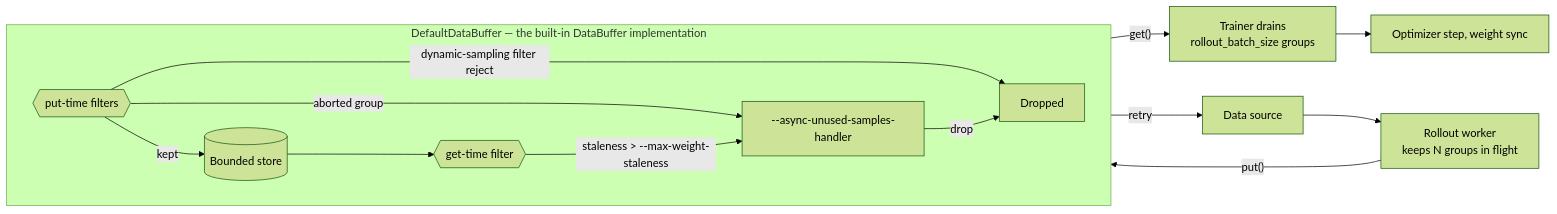
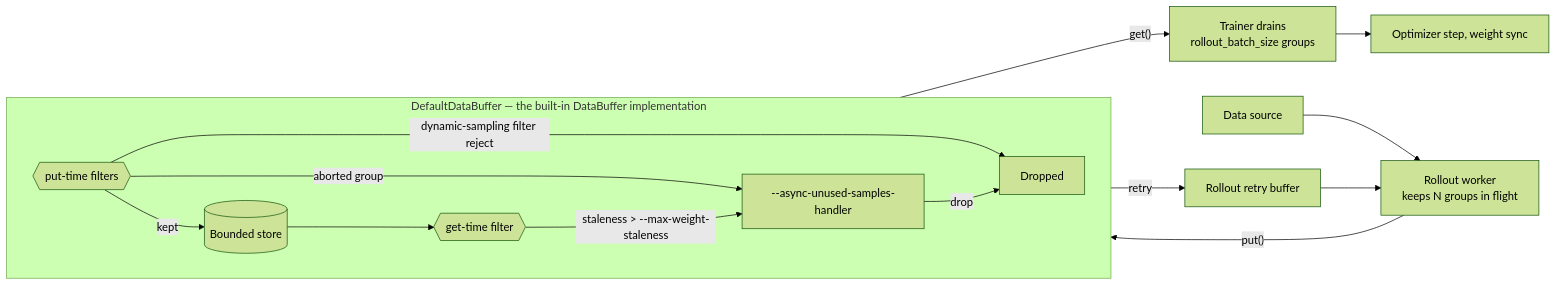
Before and after one commit to radixark/miles: the diagram in docs/user-guide/fully-async.md, drawn with Mermaid (forest theme). The commit also changed other lines of this file and 15 other files, not shown here.

````diff
--- a/docs/user-guide/fully-async.md
+++ b/docs/user-guide/fully-async.md
@@ -133,18 +143,19 @@
 ```mermaid
 flowchart LR
     DS[Data source] --> W["Rollout worker<br/>keeps N groups in flight"]
     W -->|"put()"| PF
     subgraph DB["DefaultDataBuffer — the built-in DataBuffer implementation"]
         direction LR
         PF{{"put-time filters"}}
         PF -->|aborted group| U["--async-unused-samples-handler"]
         PF -->|dynamic-sampling filter reject| X[Dropped]
         PF -->|kept| B[("Bounded store")]
         B --> GF{{"get-time filter"}}
         GF -->|"staleness > --max-weight-staleness"| U
         U -->|drop| X
     end
     GF -->|"get()"| T["Trainer drains<br/>rollout_batch_size groups"]
-    U -->|retry| DS
+    U -->|retry| R[Rollout retry buffer]
+    R --> W
     T --> S[Optimizer step, weight sync]
 ```
````
